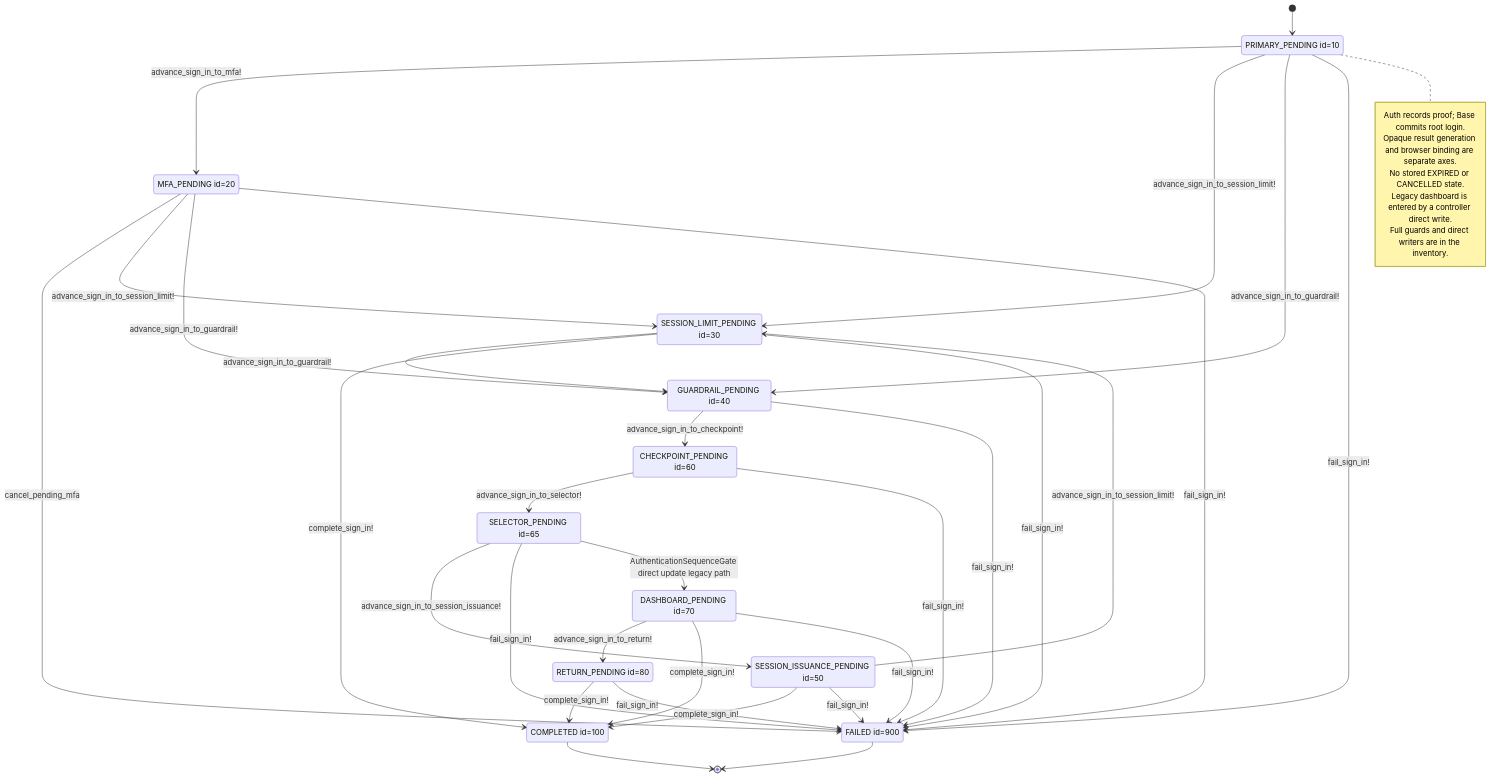
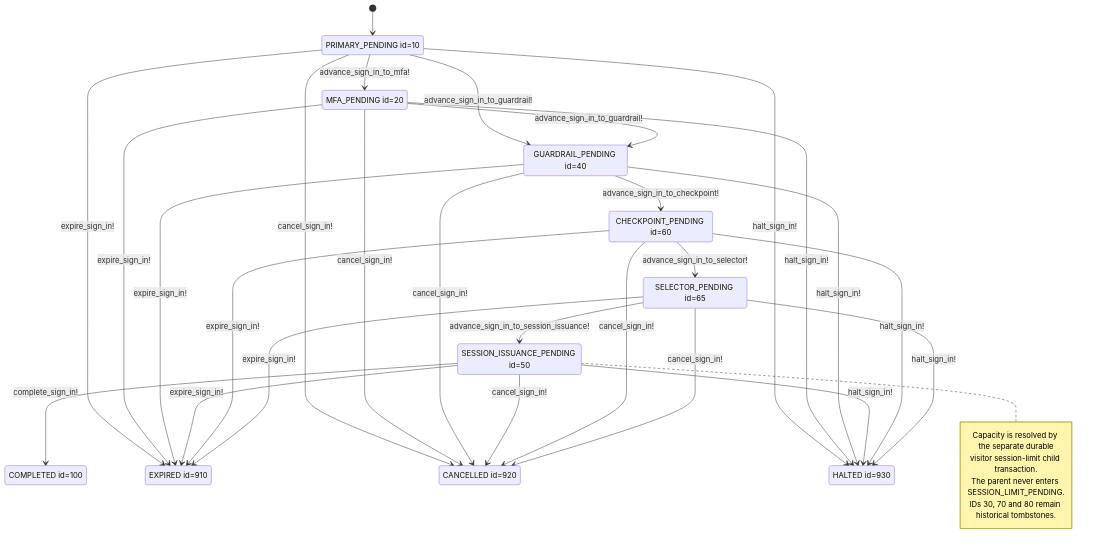
One commit to seahal/umaxica-apps-jit-global changed the diagram in docs/mermaid/idp-visitor-sign-in.mmd. Above: the diagram before and after it, drawn with Mermaid. The commit also changed other lines of this file and 921 other files, not shown here.

```diff
--- a/docs/mermaid/idp-visitor-sign-in.mmd
+++ b/docs/mermaid/idp-visitor-sign-in.mmd
@@ -1,49 +1,47 @@
 stateDiagram-v2
-    %% CURRENT implementation; sources and guards in transition inventory.
+    %% Current sign-in graph; routing and session-limit resolution are separate axes.
     state "PRIMARY_PENDING id=10" as PRIMARY_PENDING
     state "MFA_PENDING id=20" as MFA_PENDING
-    state "SESSION_LIMIT_PENDING id=30" as SESSION_LIMIT_PENDING
     state "GUARDRAIL_PENDING id=40" as GUARDRAIL_PENDING
     state "SESSION_ISSUANCE_PENDING id=50" as SESSION_ISSUANCE_PENDING
     state "CHECKPOINT_PENDING id=60" as CHECKPOINT_PENDING
     state "SELECTOR_PENDING id=65" as SELECTOR_PENDING
-    state "DASHBOARD_PENDING id=70" as DASHBOARD_PENDING
-    state "RETURN_PENDING id=80" as RETURN_PENDING
     state "COMPLETED id=100" as COMPLETED
-    state "FAILED id=900" as FAILED
-    MFA_PENDING --> FAILED: cancel_pending_mfa
+    state "EXPIRED id=910" as EXPIRED
+    state "CANCELLED id=920" as CANCELLED
+    state "HALTED id=930" as HALTED
+
     [*] --> PRIMARY_PENDING
     PRIMARY_PENDING --> MFA_PENDING: advance_sign_in_to_mfa!
-    PRIMARY_PENDING --> SESSION_LIMIT_PENDING: advance_sign_in_to_session_limit!
-    MFA_PENDING --> SESSION_LIMIT_PENDING: advance_sign_in_to_session_limit!
-    SESSION_ISSUANCE_PENDING --> SESSION_LIMIT_PENDING: advance_sign_in_to_session_limit!
     PRIMARY_PENDING --> GUARDRAIL_PENDING: advance_sign_in_to_guardrail!
     MFA_PENDING --> GUARDRAIL_PENDING: advance_sign_in_to_guardrail!
-    SESSION_LIMIT_PENDING --> GUARDRAIL_PENDING: advance_sign_in_to_guardrail!
     GUARDRAIL_PENDING --> CHECKPOINT_PENDING: advance_sign_in_to_checkpoint!
     CHECKPOINT_PENDING --> SELECTOR_PENDING: advance_sign_in_to_selector!
     SELECTOR_PENDING --> SESSION_ISSUANCE_PENDING: advance_sign_in_to_session_issuance!
-    DASHBOARD_PENDING --> RETURN_PENDING: advance_sign_in_to_return!
     SESSION_ISSUANCE_PENDING --> COMPLETED: complete_sign_in!
-    SESSION_LIMIT_PENDING --> COMPLETED: complete_sign_in!
-    DASHBOARD_PENDING --> COMPLETED: complete_sign_in!
-    RETURN_PENDING --> COMPLETED: complete_sign_in!
-    PRIMARY_PENDING --> FAILED: fail_sign_in!
-    MFA_PENDING --> FAILED: fail_sign_in!
-    SESSION_LIMIT_PENDING --> FAILED: fail_sign_in!
-    GUARDRAIL_PENDING --> FAILED: fail_sign_in!
-    SESSION_ISSUANCE_PENDING --> FAILED: fail_sign_in!
-    CHECKPOINT_PENDING --> FAILED: fail_sign_in!
-    SELECTOR_PENDING --> FAILED: fail_sign_in!
-    DASHBOARD_PENDING --> FAILED: fail_sign_in!
-    RETURN_PENDING --> FAILED: fail_sign_in!
-    SELECTOR_PENDING --> DASHBOARD_PENDING: AuthenticationSequenceGate direct update legacy path
-    COMPLETED --> [*]
-    FAILED --> [*]
-    note right of PRIMARY_PENDING
-        Auth records proof; Base commits root login.
-        Opaque result generation and browser binding are separate axes.
-        No stored EXPIRED or CANCELLED state.
-        Legacy dashboard is entered by a controller direct write.
-        Full guards and direct writers are in the inventory.
+
+    PRIMARY_PENDING --> EXPIRED: expire_sign_in!
+    PRIMARY_PENDING --> CANCELLED: cancel_sign_in!
+    PRIMARY_PENDING --> HALTED: halt_sign_in!
+    MFA_PENDING --> EXPIRED: expire_sign_in!
+    MFA_PENDING --> CANCELLED: cancel_sign_in!
+    MFA_PENDING --> HALTED: halt_sign_in!
+    GUARDRAIL_PENDING --> EXPIRED: expire_sign_in!
+    GUARDRAIL_PENDING --> CANCELLED: cancel_sign_in!
+    GUARDRAIL_PENDING --> HALTED: halt_sign_in!
+    SESSION_ISSUANCE_PENDING --> EXPIRED: expire_sign_in!
+    SESSION_ISSUANCE_PENDING --> CANCELLED: cancel_sign_in!
+    SESSION_ISSUANCE_PENDING --> HALTED: halt_sign_in!
+    CHECKPOINT_PENDING --> EXPIRED: expire_sign_in!
+    CHECKPOINT_PENDING --> CANCELLED: cancel_sign_in!
+    CHECKPOINT_PENDING --> HALTED: halt_sign_in!
+    SELECTOR_PENDING --> EXPIRED: expire_sign_in!
+    SELECTOR_PENDING --> CANCELLED: cancel_sign_in!
+    SELECTOR_PENDING --> HALTED: halt_sign_in!
+
+    note right of SESSION_ISSUANCE_PENDING
+        Capacity is resolved by the separate durable
+        visitor session-limit child transaction.
+        The parent never enters SESSION_LIMIT_PENDING.
+        IDs 30, 70 and 80 remain historical tombstones.
     end note
```
